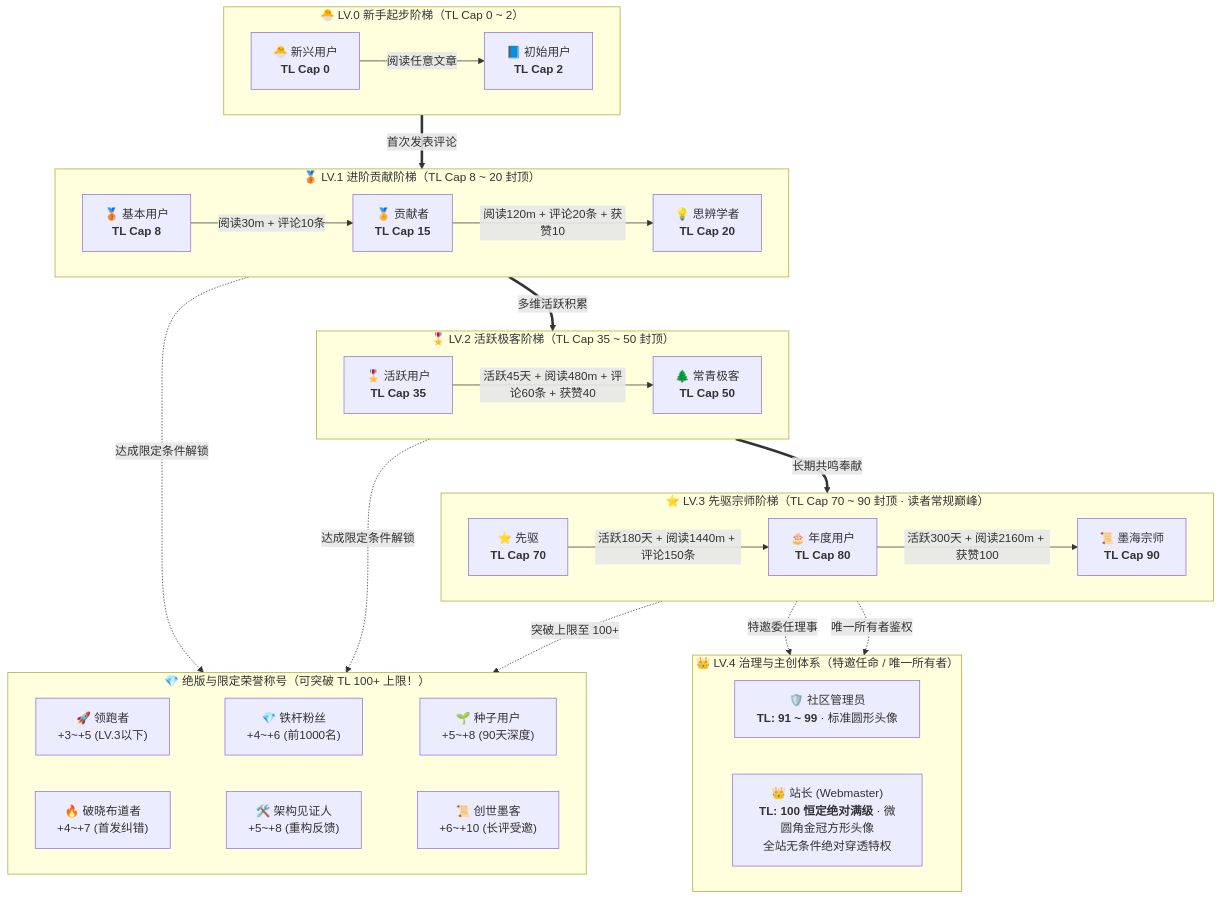
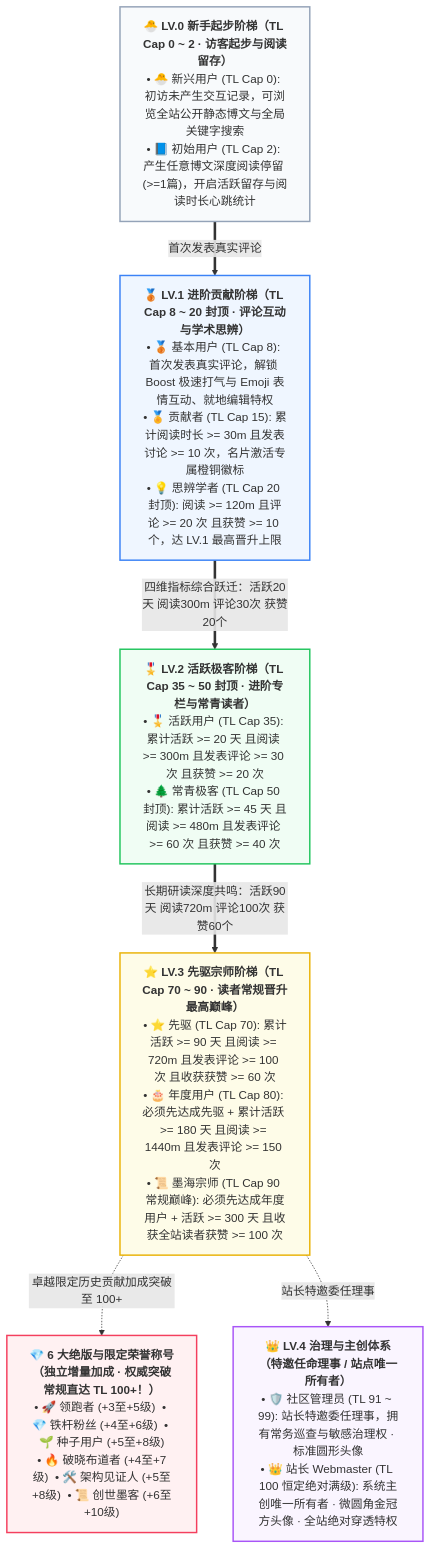
One commit to shijianus/astro-theme-shijianus changed the diagram in src/content/posts/badges-guide.md. Above: the diagram before and after it, drawn with Mermaid. The commit also changed 6 other files, not shown here.

Commit message:
feat(user-level): refactor trust level caps (LV1<=20/LV2<=50/LV3<=90), 35-point activity ceiling, out-of-print titles breaking 100+, priority weights, and card-flow mermaid diagram

````diff
--- a/src/content/posts/badges-guide.md
+++ b/src/content/posts/badges-guide.md
@@ -83,45 +83,27 @@
 ```mermaid
 flowchart TD
-    subgraph LV0["🐣 LV.0 新手起步阶梯（TL Cap 0 ~ 2）"]
-        direction LR
-        TL0["🐣 新兴用户<br/><b>TL Cap 0</b>"] -->|阅读任意文章| TL2["📘 初始用户<br/><b>TL Cap 2</b>"]
-    end
+    classDef lv0 fill:#f8fafc,stroke:#94a3b8,stroke-width:2px;
+    classDef lv1 fill:#eff6ff,stroke:#3b82f6,stroke-width:2px;
+    classDef lv2 fill:#f0fdf4,stroke:#22c55e,stroke-width:2px;
+    classDef lv3 fill:#fefce8,stroke:#eab308,stroke-width:2px;
+    classDef lv4 fill:#faf5ff,stroke:#a855f7,stroke-width:2px;
+    classDef spec fill:#fff1f2,stroke:#f43f5e,stroke-width:2px;
 
-    subgraph LV1["🥉 LV.1 进阶贡献阶梯（TL Cap 8 ~ 20 封顶）"]
-        direction LR
-        TL8["🥉 基本用户<br/><b>TL Cap 8</b>"] -->|阅读30m + 评论10条| TL15["🏅 贡献者<br/><b>TL Cap 15</b>"]
-        TL15 -->|阅读120m + 评论20条 + 获赞10| TL20["💡 思辨学者<br/><b>TL Cap 20</b>"]
-    end
+    LV0["<b>🐣 LV.0 新手起步阶梯（TL Cap 0 ~ 2 · 访客起步与阅读留存）</b><br/>• 🐣 新兴用户 (TL Cap 0): 初访未产生交互记录，可浏览全站公开静态博文与全局关键字搜索<br/>• 📘 初始用户 (TL Cap 2): 产生任意博文深度阅读停留 (>=1篇)，开启活跃留存与阅读时长心跳统计"]:::lv0
 
-    subgraph LV2["🎖️ LV.2 活跃极客阶梯（TL Cap 35 ~ 50 封顶）"]
-        direction LR
-        TL35["🎖️ 活跃用户<br/><b>TL Cap 35</b>"] -->|活跃45天 + 阅读480m + 评论60条 + 获赞40| TL50["🌲 常青极客<br/><b>TL Cap 50</b>"]
-    end
+    LV1["<b>🥉 LV.1 进阶贡献阶梯（TL Cap 8 ~ 20 封顶 · 评论互动与学术思辨）</b><br/>• 🥉 基本用户 (TL Cap 8): 首次发表真实评论，解锁 Boost 极速打气与 Emoji 表情互动、就地编辑特权<br/>• 🏅 贡献者 (TL Cap 15): 累计阅读时长 >= 30m 且发表讨论 >= 10 次，名片激活专属橙铜徽标<br/>• 💡 思辨学者 (TL Cap 20 封顶): 阅读 >= 120m 且评论 >= 20 次 且获赞 >= 10 个，达 LV.1 最高晋升上限"]:::lv1
 
-    subgraph LV3["⭐ LV.3 先驱宗师阶梯（TL Cap 70 ~ 90 封顶 · 读者常规巅峰）"]
-        direction LR
-        TL70["⭐ 先驱<br/><b>TL Cap 70</b>"] -->|活跃180天 + 阅读1440m + 评论150条| TL80["🎂 年度用户<br/><b>TL Cap 80</b>"]
-        TL80 -->|活跃300天 + 阅读2160m + 获赞100| TL90["📜 墨海宗师<br/><b>TL Cap 90</b>"]
-    end
+    LV2["<b>🎖️ LV.2 活跃极客阶梯（TL Cap 35 ~ 50 封顶 · 进阶专栏与常青读者）</b><br/>• 🎖️ 活跃用户 (TL Cap 35): 累计活跃 >= 20 天 且阅读 >= 300m 且发表评论 >= 30 次 且获赞 >= 20 次<br/>• 🌲 常青极客 (TL Cap 50 封顶): 累计活跃 >= 45 天 且阅读 >= 480m 且发表评论 >= 60 次 且获赞 >= 40 次"]:::lv2
 
-    subgraph SPEC["💎 绝版与限定荣誉称号（可突破 TL 100+ 上限！）"]
-        direction LR
-        SP1["🚀 领跑者<br/>+3~+5 (LV.3以下)"] ~~~ SP2["💎 铁杆粉丝<br/>+4~+6 (前1000名)"] ~~~ SP3["🌱 种子用户<br/>+5~+8 (90天深度)"]
-        SP4["🔥 破晓布道者<br/>+4~+7 (首发纠错)"] ~~~ SP5["🛠️ 架构见证人<br/>+5~+8 (重构反馈)"] ~~~ SP6["📜 创世墨客<br/>+6~+10 (长评受邀)"]
-    end
+    LV3["<b>⭐ LV.3 先驱宗师阶梯（TL Cap 70 ~ 90 · 读者常规晋升最高巅峰）</b><br/>• ⭐ 先驱 (TL Cap 70): 累计活跃 >= 90 天 且阅读 >= 720m 且发表评论 >= 100 次 且收获获赞 >= 60 次<br/>• 🎂 年度用户 (TL Cap 80): 必须先达成先驱 + 累计活跃 >= 180 天 且阅读 >= 1440m 且发表评论 >= 150 次<br/>• 📜 墨海宗师 (TL Cap 90 常规巅峰): 必须先达成年度用户 + 活跃 >= 300 天 且收获全站读者获赞 >= 100 次"]:::lv3
 
-    subgraph LV4["👑 LV.4 治理与主创体系（特邀任命 / 唯一所有者）"]
-        direction LR
-        ADMIN["🛡️ 社区管理员<br/><b>TL: 91 ~ 99</b> · 标准圆形头像"]
-        OWNER["👑 站长 (Webmaster)<br/><b>TL: 100 恒定绝对满级</b> · 微圆角金冠方形头像<br/>全站无条件绝对穿透特权"]
-    end
+    SPEC["<b>💎 6 大绝版与限定荣誉称号（独立增量加成 · 权威突破常规直达 TL 100+！）</b><br/>• 🚀 领跑者 (+3至+5级)  • 💎 铁杆粉丝 (+4至+6级)  • 🌱 种子用户 (+5至+8级)<br/>• 🔥 破晓布道者 (+4至+7级)  • 🛠️ 架构见证人 (+5至+8级)  • 📜 创世墨客 (+6至+10级)"]:::spec
 
-    TL2 ==>|首次发表评论| TL8
-    TL20 ==>|多维活跃积累| TL35
-    TL50 ==>|长期共鸣奉献| TL70
-    TL90 -. 特邀委任理事 .-> ADMIN
-    TL90 -. 唯一所有者鉴权 .-> OWNER
-    LV1 -. 达成限定条件解锁 .-> SPEC
-    LV2 -. 达成限定条件解锁 .-> SPEC
-    LV3 -. 突破上限至 100+ .-> SPEC
+    LV4["<b>👑 LV.4 治理与主创体系（特邀任命理事 / 站点唯一所有者）</b><br/>• 🛡️ 社区管理员 (TL 91 ~ 99): 站长特邀委任理事，拥有常务巡查与敏感治理权 · 标准圆形头像<br/>• 👑 站长 Webmaster (TL 100 恒定绝对满级): 系统主创唯一所有者 · 微圆角金冠方头像 · 全站绝对穿透特权"]:::lv4
+
+    LV0 ==>|首次发表真实评论| LV1
+    LV1 ==>|四维指标综合跃迁：活跃20天 阅读300m 评论30次 获赞20个| LV2
+    LV2 ==>|长期研读深度共鸣：活跃90天 阅读720m 评论100次 获赞60个| LV3
+    LV3 -. 卓越限定历史贡献加成突破至 100+ .-> SPEC
+    LV3 -. 站长特邀委任理事 .-> LV4
 ```
````
